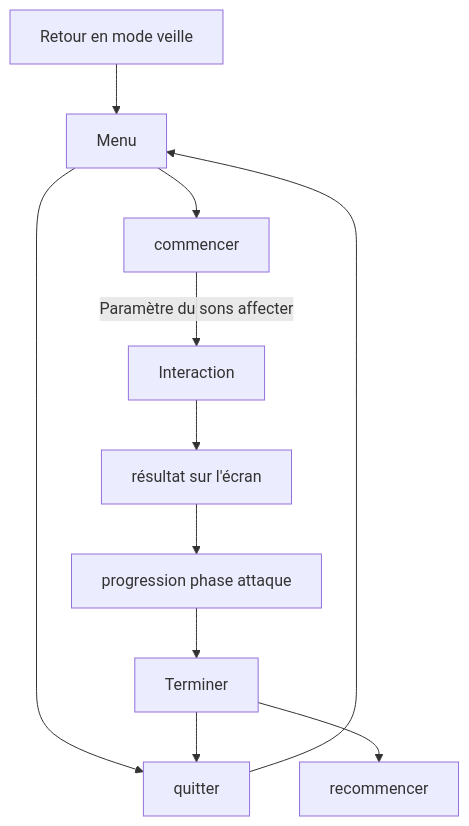
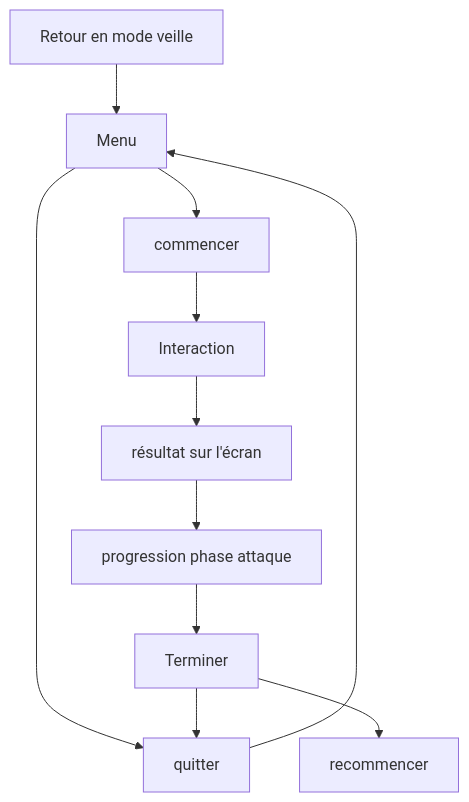
The diagram in 20_intention/30_scenario/README.md (Ethereal-Creators/Etheria), drawn with Mermaid before and after one commit.

Commit message:
update mermaid

````diff
--- a/20_intention/30_scenario/README.md
+++ b/20_intention/30_scenario/README.md
@@ -13,13 +13,13 @@
 ```mermaid
 graph TD
     A[Retour en mode veille] --> x[Menu]
     x --> N
     x --> B[veille]
-    B[commencer] -- Paramètre du sons affecter --> C[Interaction]
+    B[commencer] --> C[Interaction]
     C --> F[résultat sur l'écran]
     F --> M[progression phase attaque]
     M --> U[Terminer]
     U --> H[recommencer]
     U --> N[quitter]
     N --> x
 ```
````
